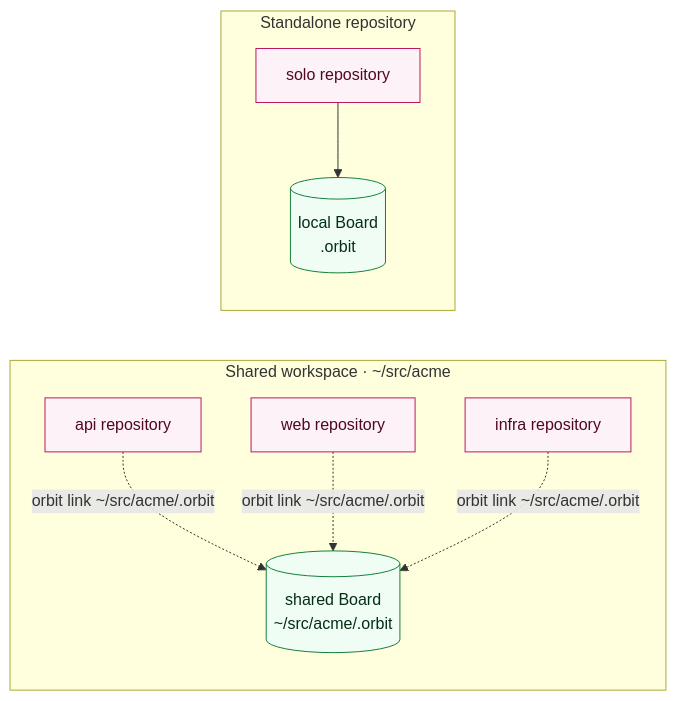
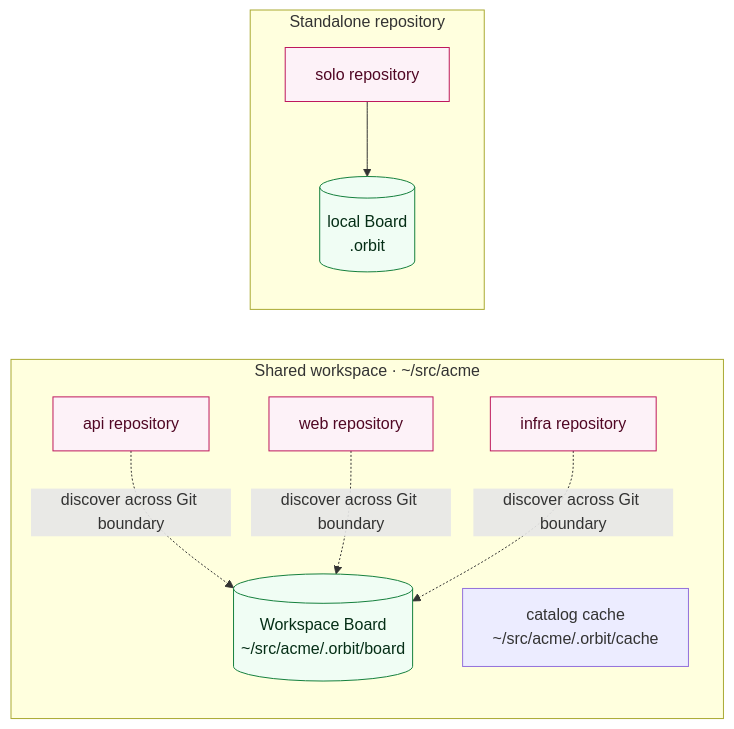
One commit to rcmendes/orbit changed the sixth of 6 diagrams in README.md. Above: the diagram before and after it, drawn with Mermaid. The commit also changed other lines of this file and 17 other files, not shown here.

````diff
--- a/README.md
+++ b/README.md
@@ -598,24 +606,25 @@
 ```mermaid
 flowchart LR
     subgraph Workspace["Shared workspace · ~/src/acme"]
-        BOARD[("shared Board<br/>~/src/acme/.orbit")]
+        BOARD[("Workspace Board<br/>~/src/acme/.orbit/board")]
+        CACHE["catalog cache<br/>~/src/acme/.orbit/cache"]
         API["api repository"]
         WEB["web repository"]
         INFRA["infra repository"]
     end
 
     subgraph Standalone["Standalone repository"]
         SOLO["solo repository"]
         LOCAL[("local Board<br/>.orbit")]
     end
 
-    API -.->|orbit link ~/src/acme/.orbit| BOARD
-    WEB -.->|orbit link ~/src/acme/.orbit| BOARD
-    INFRA -.->|orbit link ~/src/acme/.orbit| BOARD
+    API -.->|discover across Git boundary| BOARD
+    WEB -.->|discover across Git boundary| BOARD
+    INFRA -.->|discover across Git boundary| BOARD
     SOLO --> LOCAL
 
     classDef board fill:#f0fdf4,stroke:#15803d,color:#052e16
     classDef repo fill:#fdf2f8,stroke:#be185d,color:#500724
     class BOARD,LOCAL board
     class API,WEB,INFRA,SOLO repo
 ```
````
